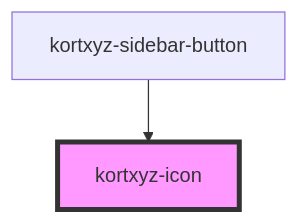
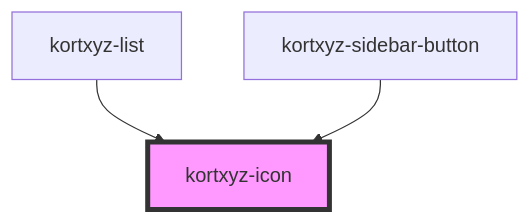
One commit to KORTxyz/kortxyz-components changed the diagram in src/components/kortxyz-icon/readme.md. Above: the diagram before and after it, drawn with Mermaid. The commit also changed other lines of this file and 25 other files, not shown here.

Commit message:
kortxyz-list Fixes #60

````diff
--- a/src/components/kortxyz-icon/readme.md
+++ b/src/components/kortxyz-icon/readme.md
@@ -24,5 +25,6 @@
 ```mermaid
 graph TD;
+  kortxyz-list --> kortxyz-icon
   kortxyz-sidebar-button --> kortxyz-icon
   style kortxyz-icon fill:#f9f,stroke:#333,stroke-width:4px
 ```
````
